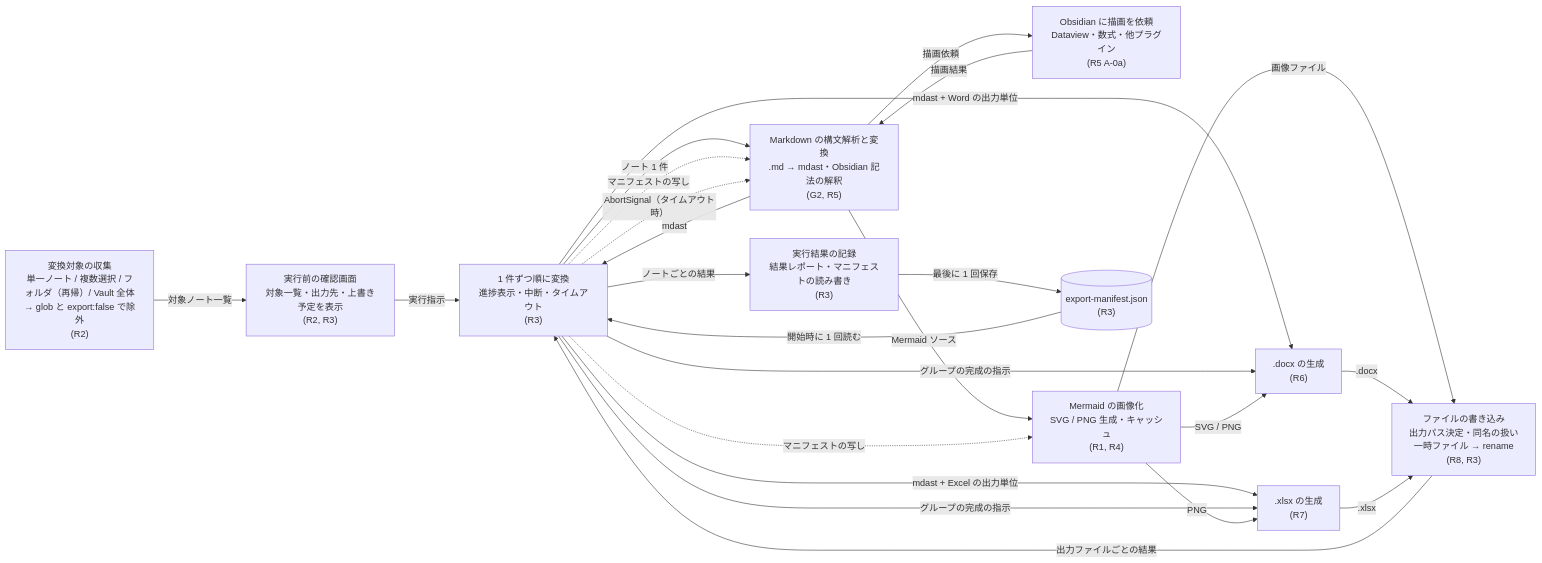
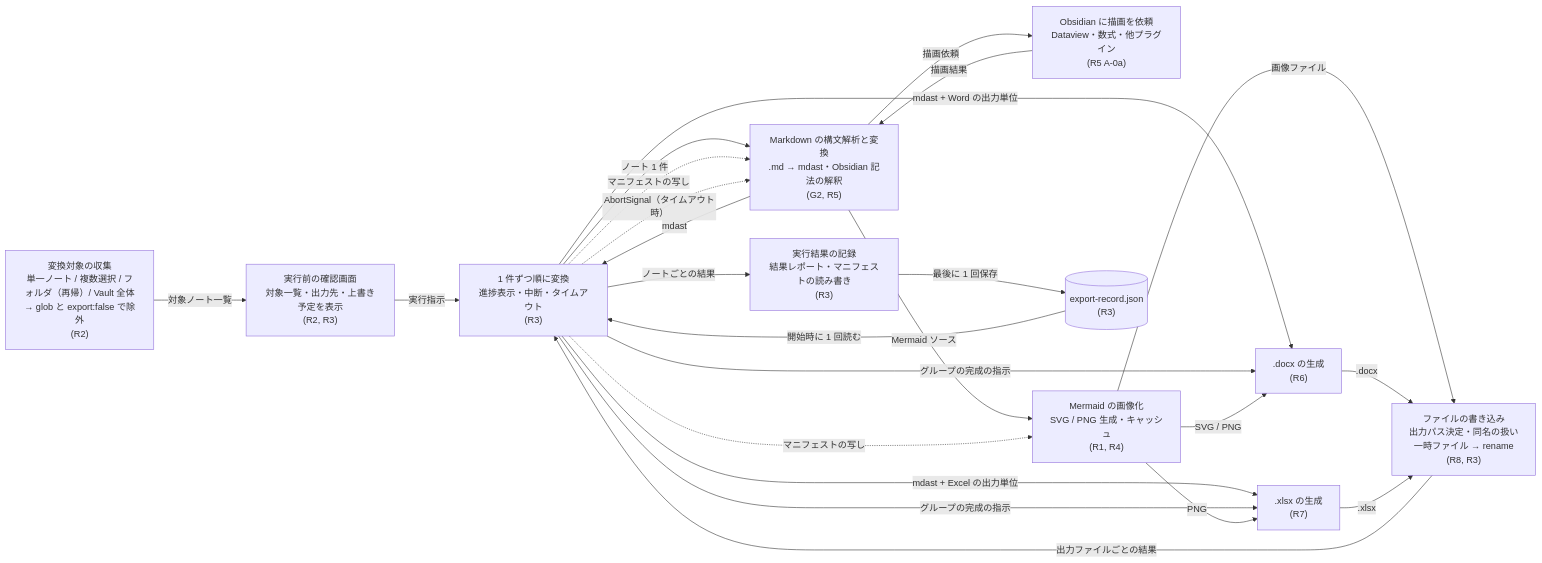
The diagram in docs/design/architecture.md (rakko1133/obsidian-md-to-office), drawn with Mermaid before and after one commit. The commit also changed 7 other files, not shown here.

First line of the commit message:
fix: 出力の記録のファイル名を export-record.json に変える (R3, G1)

````diff
--- a/docs/design/architecture.md
+++ b/docs/design/architecture.md
@@ -18,38 +18,38 @@
 ```mermaid
 flowchart LR
   Collect["変換対象の収集<br/>単一ノート / 複数選択 / フォルダ（再帰）/ Vault 全体<br/>→ glob と export:false で除外<br/>(R2)"]
   Confirm["実行前の確認画面<br/>対象一覧・出力先・上書き予定を表示<br/>(R2, R3)"]
   Run["1 件ずつ順に変換<br/>進捗表示・中断・タイムアウト<br/>(R3)"]
   Pipe["Markdown の構文解析と変換<br/>.md → mdast・Obsidian 記法の解釈<br/>(G2, R5)"]
   Ext["Obsidian に描画を依頼<br/>Dataview・数式・他プラグイン<br/>(R5 A-0a)"]
   Mmd["Mermaid の画像化<br/>SVG / PNG 生成・キャッシュ<br/>(R1, R4)"]
   Docx[".docx の生成<br/>(R6)"]
   Xlsx[".xlsx の生成<br/>(R7)"]
   Write["ファイルの書き込み<br/>出力パス決定・同名の扱い<br/>一時ファイル → rename<br/>(R8, R3)"]
   Log["実行結果の記録<br/>結果レポート・マニフェストの読み書き<br/>(R3)"]
-  Manifest[("export-manifest.json<br/>(R3)")]
+  Manifest[("export-record.json<br/>(R3)")]
 
   Collect -->|対象ノート一覧| Confirm
   Confirm -->|実行指示| Run
   Manifest -->|開始時に 1 回読む| Run
   Run -->|ノート 1 件| Pipe
   Pipe -->|描画依頼| Ext
   Ext -->|描画結果| Pipe
   Pipe -->|Mermaid ソース| Mmd
   Pipe -->|mdast| Run
   Run -->|mdast + Word の出力単位| Docx
   Run -->|mdast + Excel の出力単位| Xlsx
   Run -->|グループの完成の指示| Docx
   Run -->|グループの完成の指示| Xlsx
   Mmd -->|SVG / PNG| Docx
   Mmd -->|PNG| Xlsx
   Mmd -->|画像ファイル| Write
   Docx -->|.docx| Write
   Xlsx -->|.xlsx| Write
   Write -->|出力ファイルごとの結果| Run
   Run -->|ノートごとの結果| Log
   Log -->|最後に 1 回保存| Manifest
   Run -.->|マニフェストの写し| Pipe
   Run -.->|マニフェストの写し| Mmd
   Run -.->|AbortSignal（タイムアウト時）| Pipe
 ```
````
